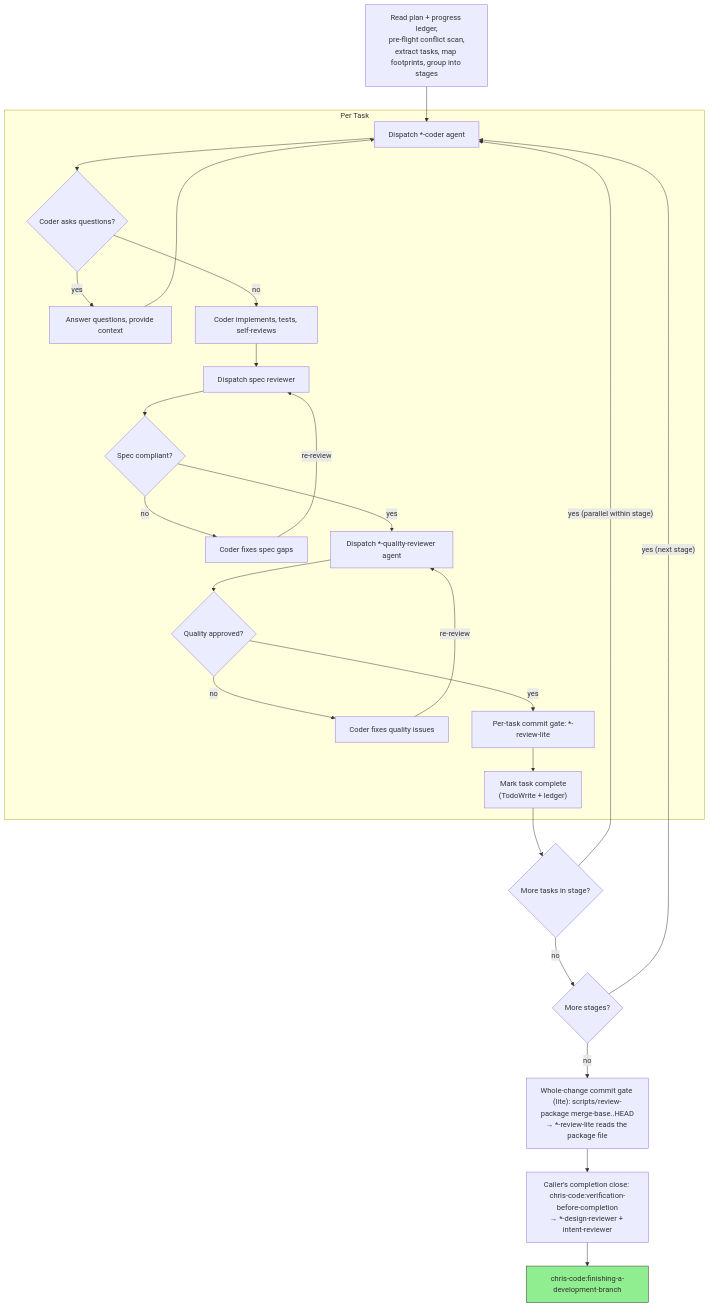
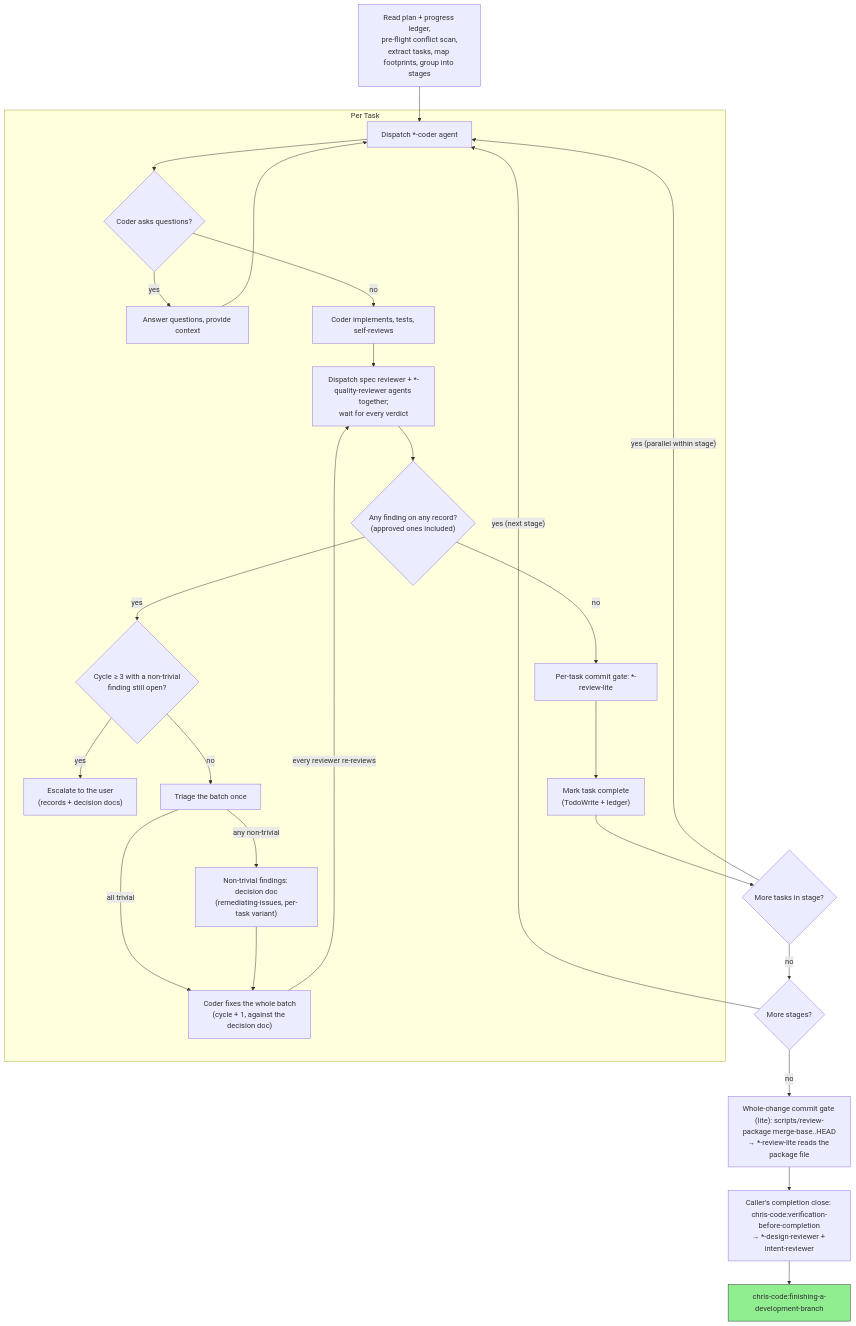
One commit to chris-santiago/claude-plugins changed the diagram in chris-code/skills/subagent-driven-development/SKILL.md. Above: the diagram before and after it, drawn with Mermaid. The commit also changed other lines of this file and 22 other files, not shown here.

First line of the commit message:
Batch review findings and route non-trivial fixes through remediation

````diff
--- a/chris-code/skills/subagent-driven-development/SKILL.md
+++ b/chris-code/skills/subagent-driven-development/SKILL.md
@@ -27,49 +27,51 @@
 ```mermaid
 flowchart TB
     subgraph Per Task
         coder["Dispatch *-coder agent"]
         questions{"Coder asks questions?"}
         answer["Answer questions, provide context"]
         implement["Coder implements, tests, self-reviews"]
-        spec_rev["Dispatch spec reviewer"]
-        spec_ok{"Spec compliant?"}
-        fix_spec["Coder fixes spec gaps"]
-        quality_rev["Dispatch *-quality-reviewer agent"]
-        quality_ok{"Quality approved?"}
-        fix_quality["Coder fixes quality issues"]
+        reviews["Dispatch spec reviewer + *-quality-reviewer agents together;<br/>wait for every verdict"]
+        reviews_ok{"Any finding on any record?<br/>(approved ones included)"}
+        cap{"Cycle ≥ 3 with a non-trivial<br/>finding still open?"}
+        escalate["Escalate to the user<br/>(records + decision docs)"]
+        triage["Triage the batch once"]
+        decision["Non-trivial findings: decision doc<br/>(remediating-issues, per-task variant)"]
+        fix["Coder fixes the whole batch<br/>(cycle + 1, against the decision doc)"]
         commit_gate["Per-task commit gate: *-review-lite"]
         done["Mark task complete<br/>(TodoWrite + ledger)"]
     end
 
     read["Read plan + progress ledger,<br/>pre-flight conflict scan,<br/>extract tasks, map footprints, group into stages"]
     more_tasks{"More tasks in stage?"}
     more_stages{"More stages?"}
     final_gate["Whole-change commit gate (lite): scripts/review-package merge-base..HEAD<br/>→ *-review-lite reads the package file"]
     verification["Caller's completion close: chris-code:verification-before-completion<br/>→ *-design-reviewer + intent-reviewer"]
     finish["chris-code:finishing-a-development-branch"]:::finish
 
     read --> coder
     coder --> questions
     questions -->|yes| answer
     answer --> coder
     questions -->|no| implement
-    implement --> spec_rev
-    spec_rev --> spec_ok
-    spec_ok -->|no| fix_spec
-    fix_spec -->|re-review| spec_rev
-    spec_ok -->|yes| quality_rev
-    quality_rev --> quality_ok
-    quality_ok -->|no| fix_quality
-    fix_quality -->|re-review| quality_rev
-    quality_ok -->|yes| commit_gate
+    implement --> reviews
+    reviews --> reviews_ok
+    reviews_ok -->|yes| cap
+    cap -->|yes| escalate
+    cap -->|no| triage
+    triage -->|any non-trivial| decision
+    triage -->|all trivial| fix
+    decision --> fix
+    fix -->|"every reviewer re-reviews"| reviews
+    reviews_ok -->|no| commit_gate
     commit_gate --> done
     done --> more_tasks
     more_tasks -->|"yes (parallel within stage)"| coder
     more_tasks -->|no| more_stages
     more_stages -->|"yes (next stage)"| coder
     more_stages -->|no| final_gate
     final_gate --> verification
     verification --> finish
 
     classDef finish fill:#90EE90,stroke:#333
 ```
````
